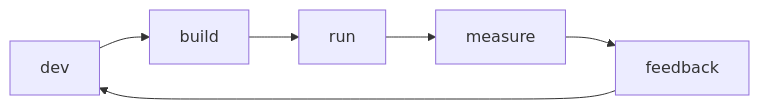
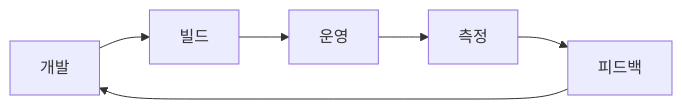
Before and after one commit to yeongseon-books/book-content: the diagram in content/sre-101/ko/01-what-is-sre.md, drawn with Mermaid. The commit also changed other lines of this file and 9 other files, not shown here.

````diff
--- a/content/sre-101/ko/01-what-is-sre.md
+++ b/content/sre-101/ko/01-what-is-sre.md
@@ -33,8 +47,8 @@
 ```mermaid
 flowchart LR
-    Dev["dev"] --> Build["build"]
-    Build --> Run["run"]
-    Run --> SLO["measure"]
-    SLO --> Feedback["feedback"]
+    Dev["개발"] --> Build["빌드"]
+    Build --> Run["운영"]
+    Run --> SLO["측정"]
+    SLO --> Feedback["피드백"]
     Feedback --> Dev
 ```
````
